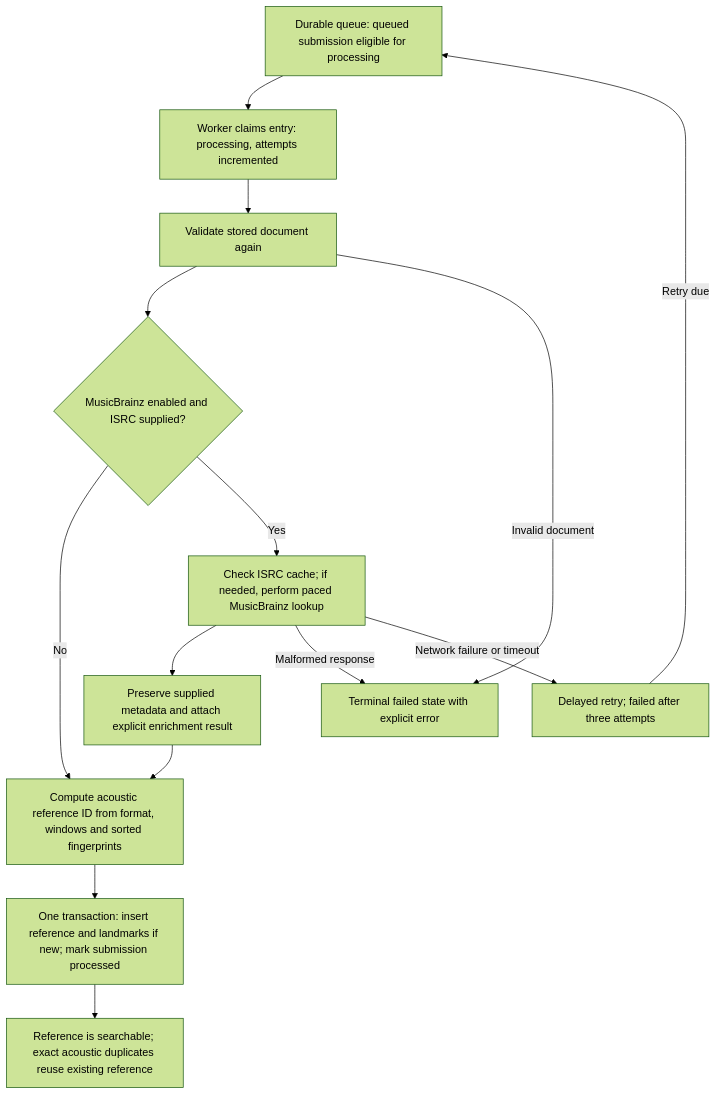
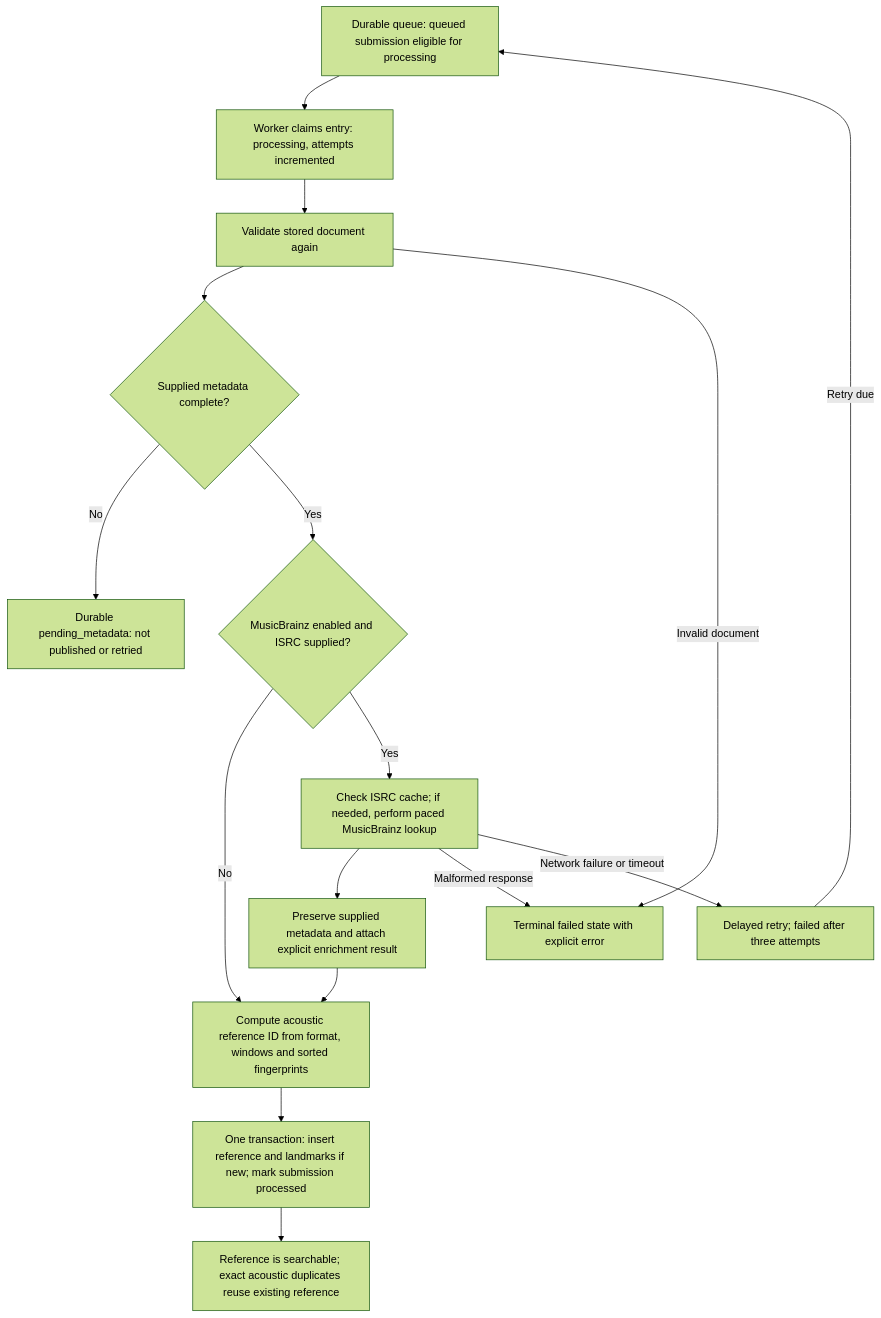
One commit to dmoo500/audio-fingerprint-server changed the second of 5 diagrams in README.md. Above: the diagram before and after it, drawn with Mermaid (forest theme). The commit also changed other lines of this file and 10 other files, not shown here.

````diff
--- a/README.md
+++ b/README.md
@@ -56,16 +56,18 @@
 ```mermaid
 flowchart TD
     A["Durable queue: queued submission eligible for processing"] --> B["Worker claims entry: processing, attempts incremented"]
     B --> C["Validate stored document again"]
-    C --> D{"MusicBrainz enabled and ISRC supplied?"}
+    C --> L{"Supplied metadata complete?"}
+    L -->|No| M["Durable pending_metadata: not published or retried"]
+    L -->|Yes| D{"MusicBrainz enabled and ISRC supplied?"}
     D -->|No| G["Compute acoustic reference ID from format, windows and sorted fingerprints"]
     D -->|Yes| E["Check ISRC cache; if needed, perform paced MusicBrainz lookup"]
     E --> F["Preserve supplied metadata and attach explicit enrichment result"]
     F --> G
     G --> H["One transaction: insert reference and landmarks if new; mark submission processed"]
     H --> I["Reference is searchable; exact acoustic duplicates reuse existing reference"]
     C -->|Invalid document| J["Terminal failed state with explicit error"]
     E -->|Malformed response| J
     E -->|Network failure or timeout| K["Delayed retry; failed after three attempts"]
     K -->|Retry due| A
 ```
````
